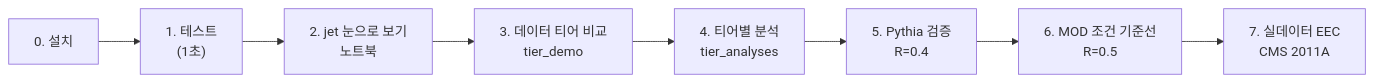
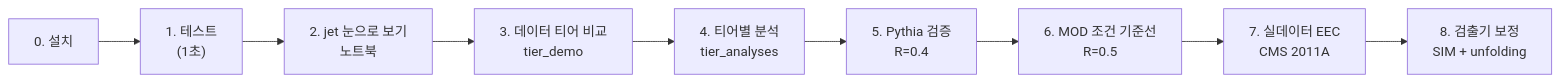
One commit to NhWee/Jet_analysis_beginner changed the first of 2 diagrams in docs/GUIDE.md. Above: the diagram before and after it, drawn with Mermaid. The commit also changed other lines of this file and 2 other files, not shown here.

First line of the commit message:
docs: 가이드(한/영)에 8단계 검출기 보정 추가, MOD 다운로드 스크립트

````diff
--- a/docs/GUIDE.md
+++ b/docs/GUIDE.md
@@ -23,10 +23,11 @@
 ```mermaid
 flowchart LR
     S0["0. 설치"] --> S1["1. 테스트<br/>(1초)"]
     S1 --> S2["2. jet 눈으로 보기<br/>노트북"]
     S2 --> S3["3. 데이터 티어 비교<br/>tier_demo"]
     S3 --> S4["4. 티어별 분석<br/>tier_analyses"]
     S4 --> S5["5. Pythia 검증<br/>R=0.4"]
     S5 --> S6["6. MOD 조건 기준선<br/>R=0.5"]
     S6 --> S7["7. 실데이터 EEC<br/>CMS 2011A"]
+    S7 --> S8["8. 검출기 보정<br/>SIM + unfolding"]
 ```
````
